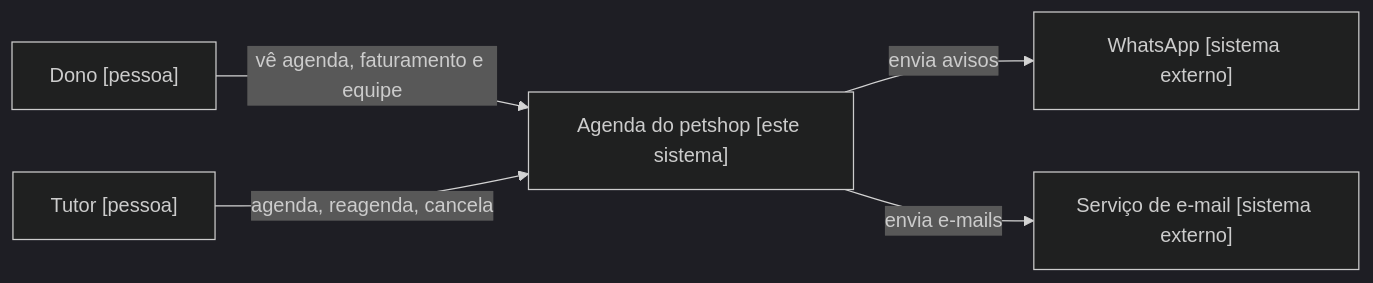
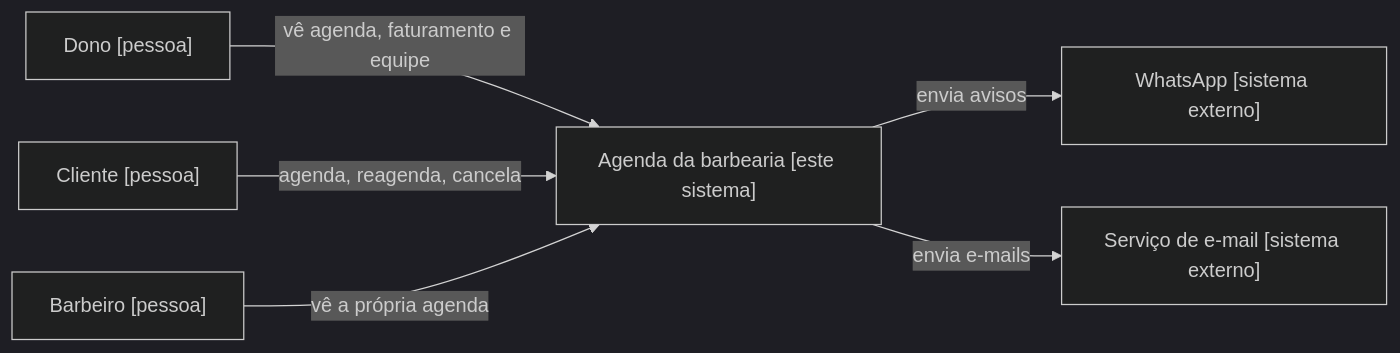
One commit to septa-systems/septa-handbook changed the second of 5 diagrams in docs/modelos/arquitetura.md. Above: the diagram before and after it, drawn with Mermaid (dark theme). The commit also changed other lines of this file and 5 other files, not shown here.

````diff
--- a/docs/modelos/arquitetura.md
+++ b/docs/modelos/arquitetura.md
@@ -23,7 +23,8 @@
 ```mermaid
 flowchart LR
-  dono["Dono [pessoa]"] -- "vê agenda, faturamento e equipe" --> sis["Agenda do petshop [este sistema]"]
-  tutor["Tutor [pessoa]"] -- "agenda, reagenda, cancela" --> sis
+  dono["Dono [pessoa]"] -- "vê agenda, faturamento e equipe" --> sis["Agenda da barbearia [este sistema]"]
+  cliente["Cliente [pessoa]"] -- "agenda, reagenda, cancela" --> sis
+  barbeiro["Barbeiro [pessoa]"] -- "vê a própria agenda" --> sis
   sis -- "envia avisos" --> whatsapp["WhatsApp [sistema externo]"]
   sis -- "envia e-mails" --> email["Serviço de e-mail [sistema externo]"]
 ```
````
